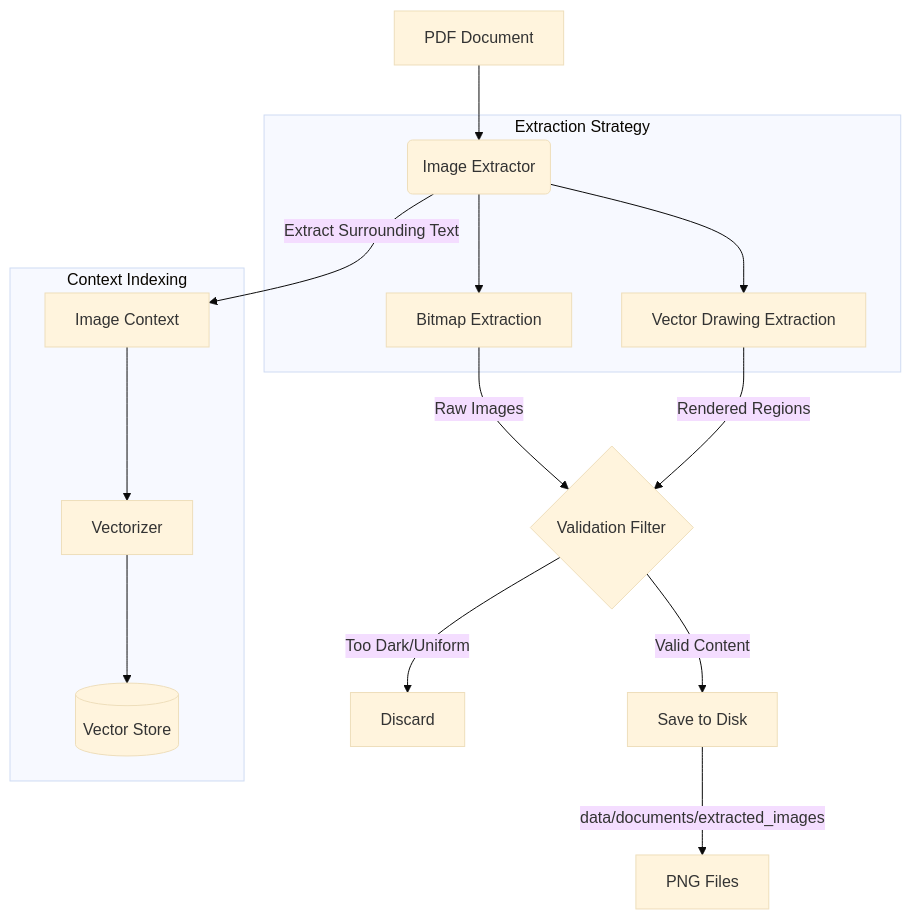
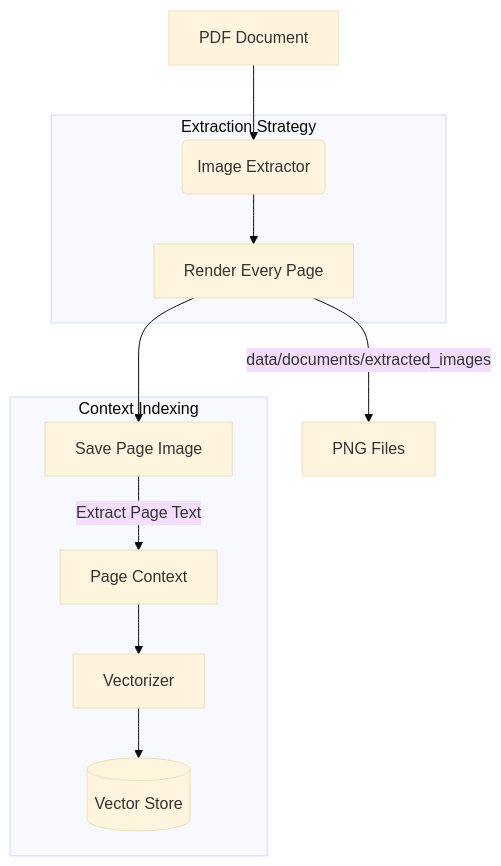
Before and after one commit to vuphdu/simple-notebook: the second of 3 diagrams in WORKFLOW.md, drawn with Mermaid (base theme). The commit also changed other lines of this file and 6 other files, not shown here.

````diff
--- a/WORKFLOW.md
+++ b/WORKFLOW.md
@@ -37,23 +37,17 @@
 ```mermaid
 graph TD
     A[PDF Document] --> B(Image Extractor)
 
     subgraph Extraction Strategy
-    B --> C[Bitmap Extraction]
-    B --> D[Vector Drawing Extraction]
+    B --> C[Render Every Page]
     end
 
-    C -->|Raw Images| E{Validation Filter}
-    D -->|Rendered Regions| E
-
-    E -->|Too Dark/Uniform| F[Discard]
-    E -->|Valid Content| G[Save to Disk]
-
-    G -->|data/documents/extracted_images| H[PNG Files]
+    C --> D[Save Page Image]
+    C -->|data/documents/extracted_images| E[PNG Files]
 
     subgraph Context Indexing
-    B -->|Extract Surrounding Text| I[Image Context]
-    I --> J[Vectorizer]
-    J --> K[(Vector Store)]
+    D -->|Extract Page Text| H[Page Context]
+    H --> I[Vectorizer]
+    I --> J[(Vector Store)]
     end
 ```
````
